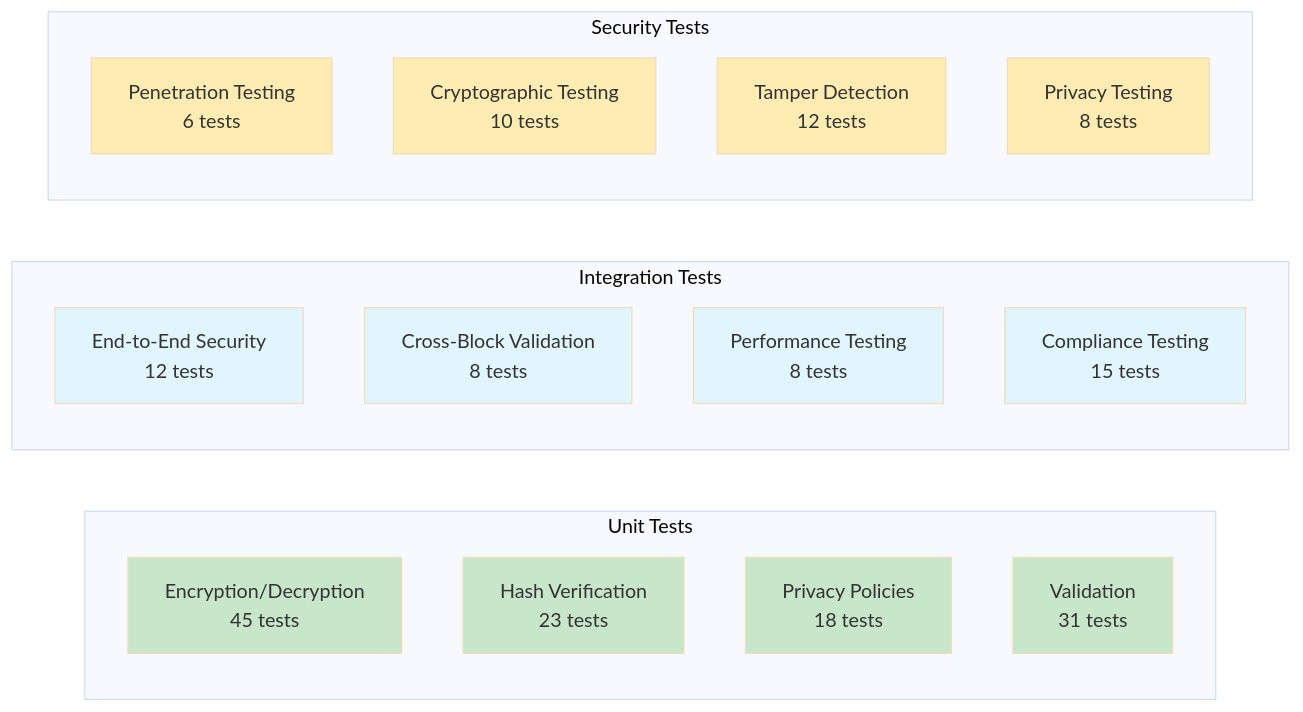
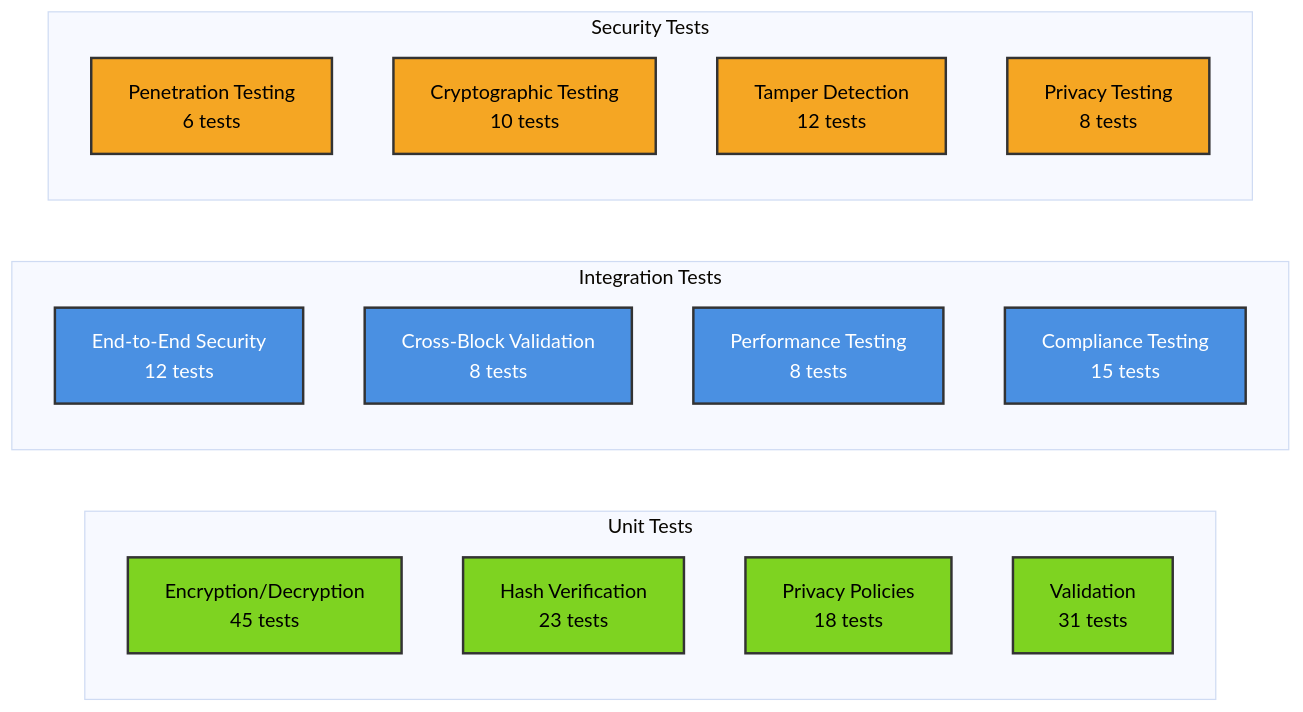
One commit to mbhatt1/maifscratch changed diagram 19 of 24 in SECURITY_SPECIFICATION.md. Above: the diagram before and after it, drawn with Mermaid (base theme). The commit also changed other lines of this file, not shown here.

````diff
--- a/SECURITY_SPECIFICATION.md
+++ b/SECURITY_SPECIFICATION.md
@@ -916,36 +916,36 @@
 ```mermaid
 graph LR
     subgraph "Unit Tests"
         A[Encryption/Decryption<br/>45 tests]
         B[Hash Verification<br/>23 tests]
         C[Privacy Policies<br/>18 tests]
         D[Validation<br/>31 tests]
     end
     
     subgraph "Integration Tests"
         E[End-to-End Security<br/>12 tests]
         F[Cross-Block Validation<br/>8 tests]
         G[Performance Testing<br/>8 tests]
         H[Compliance Testing<br/>15 tests]
     end
     
     subgraph "Security Tests"
         I[Penetration Testing<br/>6 tests]
         J[Cryptographic Testing<br/>10 tests]
         K[Tamper Detection<br/>12 tests]
         L[Privacy Testing<br/>8 tests]
     end
     
-    style A fill:#c8e6c9
-    style B fill:#c8e6c9
-    style C fill:#c8e6c9
-    style D fill:#c8e6c9
-    style E fill:#e1f5fe
-    style F fill:#e1f5fe
-    style G fill:#e1f5fe
-    style H fill:#e1f5fe
-    style I fill:#ffecb3
-    style J fill:#ffecb3
-    style K fill:#ffecb3
-    style L fill:#ffecb3
+    style A fill:#7ED321,stroke:#333,stroke-width:2px,color:#000
+    style B fill:#7ED321,stroke:#333,stroke-width:2px,color:#000
+    style C fill:#7ED321,stroke:#333,stroke-width:2px,color:#000
+    style D fill:#7ED321,stroke:#333,stroke-width:2px,color:#000
+    style E fill:#4A90E2,stroke:#333,stroke-width:2px,color:#fff
+    style F fill:#4A90E2,stroke:#333,stroke-width:2px,color:#fff
+    style G fill:#4A90E2,stroke:#333,stroke-width:2px,color:#fff
+    style H fill:#4A90E2,stroke:#333,stroke-width:2px,color:#fff
+    style I fill:#F5A623,stroke:#333,stroke-width:2px,color:#000
+    style J fill:#F5A623,stroke:#333,stroke-width:2px,color:#000
+    style K fill:#F5A623,stroke:#333,stroke-width:2px,color:#000
+    style L fill:#F5A623,stroke:#333,stroke-width:2px,color:#000
 ```
````
